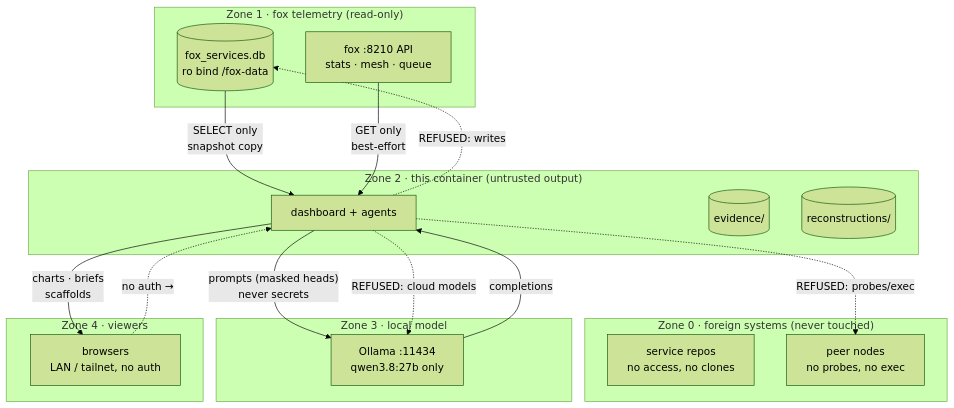
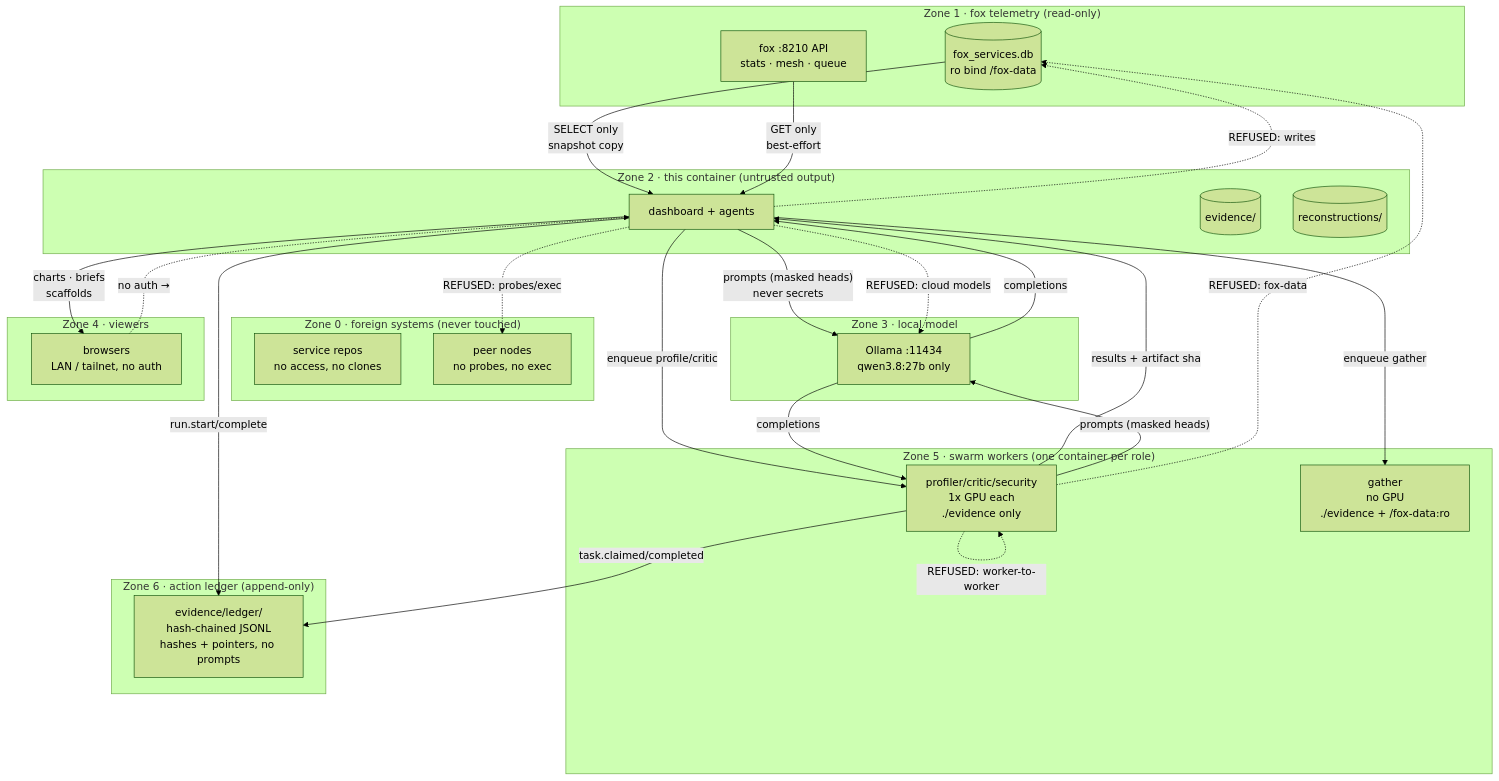
One commit to harishgovardhandamodar/intelligence-forensics changed the diagram in design/trust-boundaries.md. Above: the diagram before and after it, drawn with Mermaid (forest theme). The commit also changed other lines of this file and 8 other files, not shown here.

First line of the commit message:
Design docs: agent swarm, trust zones T7/T8, NVIDIA isolation diagrams

````diff
--- a/design/trust-boundaries.md
+++ b/design/trust-boundaries.md
@@ -11,31 +12,47 @@
 ```mermaid
 flowchart TB
     subgraph Z0["Zone 0 · foreign systems (never touched)"]
         REPO["service repos<br/>no access, no clones"]
         PEERN["peer nodes<br/>no probes, no exec"]
     end
     subgraph Z1["Zone 1 · fox telemetry (read-only)"]
         FDB[("fox_services.db<br/>ro bind /fox-data")]
         FAPI["fox :8210 API<br/>stats · mesh · queue"]
     end
     subgraph Z2["Zone 2 · this container (untrusted output)"]
         APP["dashboard + agents"]
         EV[(evidence/)]
         RC[(reconstructions/)]
     end
     subgraph Z3["Zone 3 · local model"]
         OLL["Ollama :11434<br/>qwen3.8:27b only"]
     end
+    subgraph Z5["Zone 5 · swarm workers (one container per role)"]
+        WK["profiler/critic/security<br/>1x GPU each<br/>./evidence only"]
+        WG["gather<br/>no GPU<br/>./evidence + /fox-data:ro"]
+    end
+    subgraph Z6["Zone 6 · action ledger (append-only)"]
+        LG["evidence/ledger/<br/>hash-chained JSONL<br/>hashes + pointers, no prompts"]
+    end
     subgraph Z4["Zone 4 · viewers"]
         BR["browsers<br/>LAN / tailnet, no auth"]
     end
     FDB -->|"SELECT only<br/>snapshot copy"| APP
     FAPI -->|"GET only<br/>best-effort"| APP
     APP -->|"prompts (masked heads)<br/>never secrets"| OLL
     OLL -->|"completions"| APP
     APP -->|"charts · briefs<br/>scaffolds"| BR
+    APP -->|"enqueue profile/critic"| WK
+    APP -->|"enqueue gather"| WG
+    WK -->|"results + artifact sha"| APP
+    WK -->|"prompts (masked heads)"| OLL
+    OLL -->|"completions"| WK
+    WK -->|"task.claimed/completed"| LG
+    APP -->|"run.start/complete"| LG
     APP -.->|"REFUSED: writes"| FDB
     APP -.->|"REFUSED: probes/exec"| PEERN
     APP -.->|"REFUSED: cloud models"| OLL
+    WK -.->|"REFUSED: fox-data"| FDB
+    WK -.->|"REFUSED: worker-to-worker"| WK
     BR -.->|"no auth →"| APP
 ```
````
